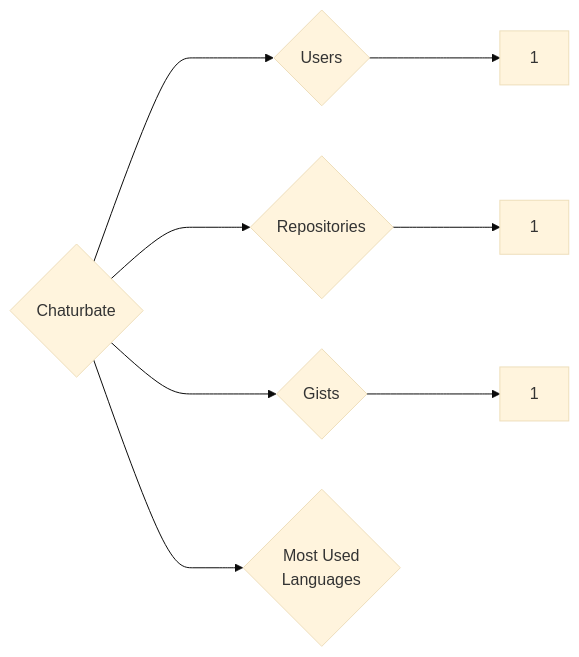
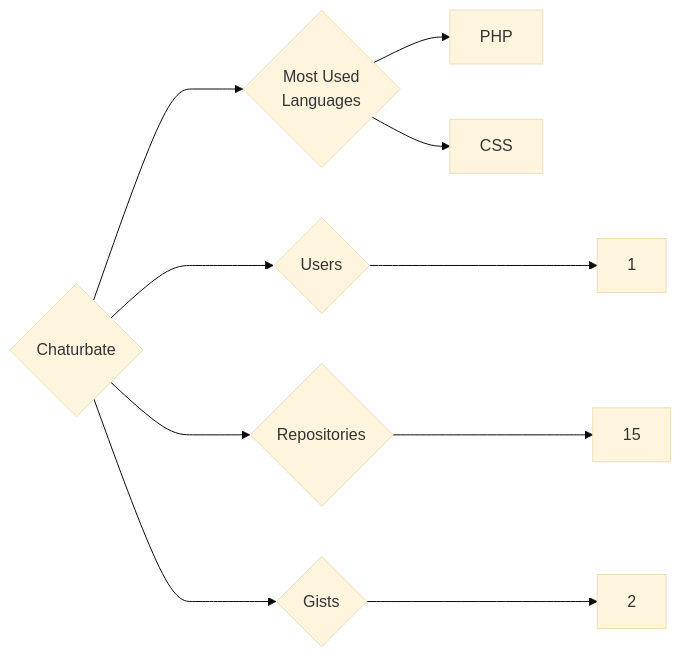
One commit to trickest/insiders changed the diagram in targets/Chaturbate/README.md. Above: the diagram before and after it, drawn with Mermaid (base theme). The commit also changed 1023 other files, not shown here.

````diff
--- a/targets/Chaturbate/README.md
+++ b/targets/Chaturbate/README.md
@@ -3,8 +3,10 @@
 ```mermaid
 graph LR
 COMPANY_NAME{Chaturbate}
 COMPANY_NAME ---> U{Users} ---> UN[1]
-COMPANY_NAME ---> R{Repositories} ---> RN[1]
-COMPANY_NAME ---> G{Gists} ---> GN[1]
+COMPANY_NAME ---> R{Repositories} ---> RN[15]
+COMPANY_NAME ---> G{Gists} ---> GN[2]
 COMPANY_NAME ---> ML{Most Used<br>Languages}
+ML --> PHP[PHP]
+ML --> CSS[CSS]
 ```
````
